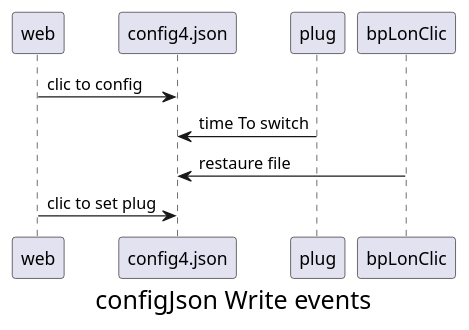
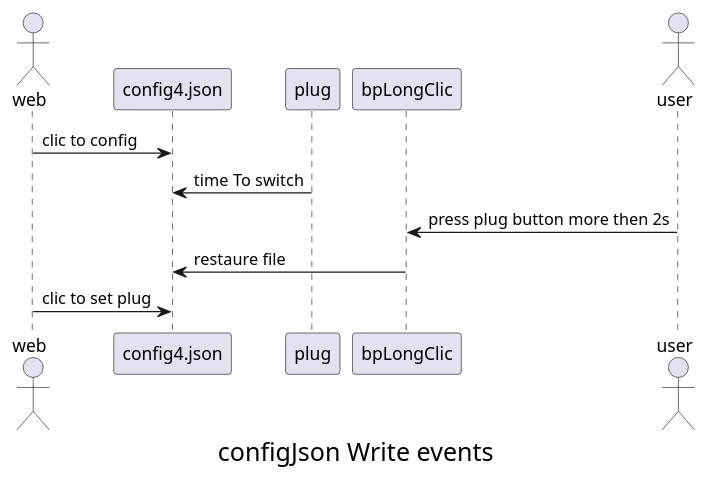
Before and after one commit to volab/IoT_EPS: the diagram in _1_userDoc/source/graphviz/writeEventsGlobal.wsd, drawn with PlantUML. The commit also changed 4 other files, not shown here.

```diff
--- a/_1_userDoc/source/graphviz/writeEventsGlobal.wsd
+++ b/_1_userDoc/source/graphviz/writeEventsGlobal.wsd
@@ -1,14 +1,21 @@
 @startuml
 
 <style>
 caption {
 FontSize 20
 }
 </style>
 
 caption configJson Write events
+actor web
+participant config4.json
+participant plug
+participant bpLongClic
+actor user
+
 web -> config4.json: clic to config
 plug -> config4.json: time To switch
-bpLonClic -> config4.json: restaure file
+user -> bpLongClic: press plug button more then 2s
+bpLongClic -> config4.json: restaure file
 web -> config4.json: clic to set plug
 @enduml
```
